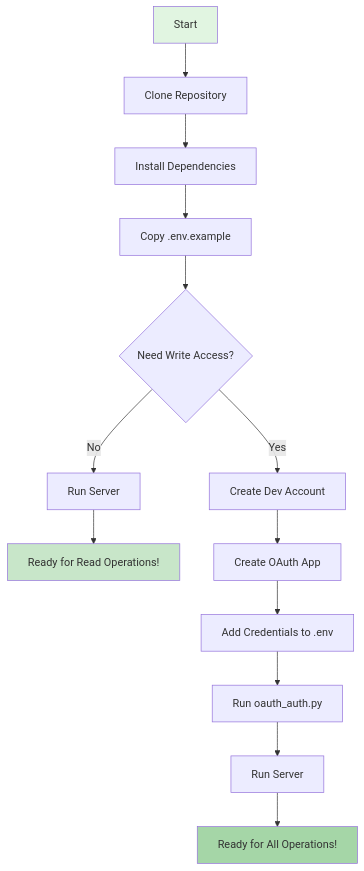
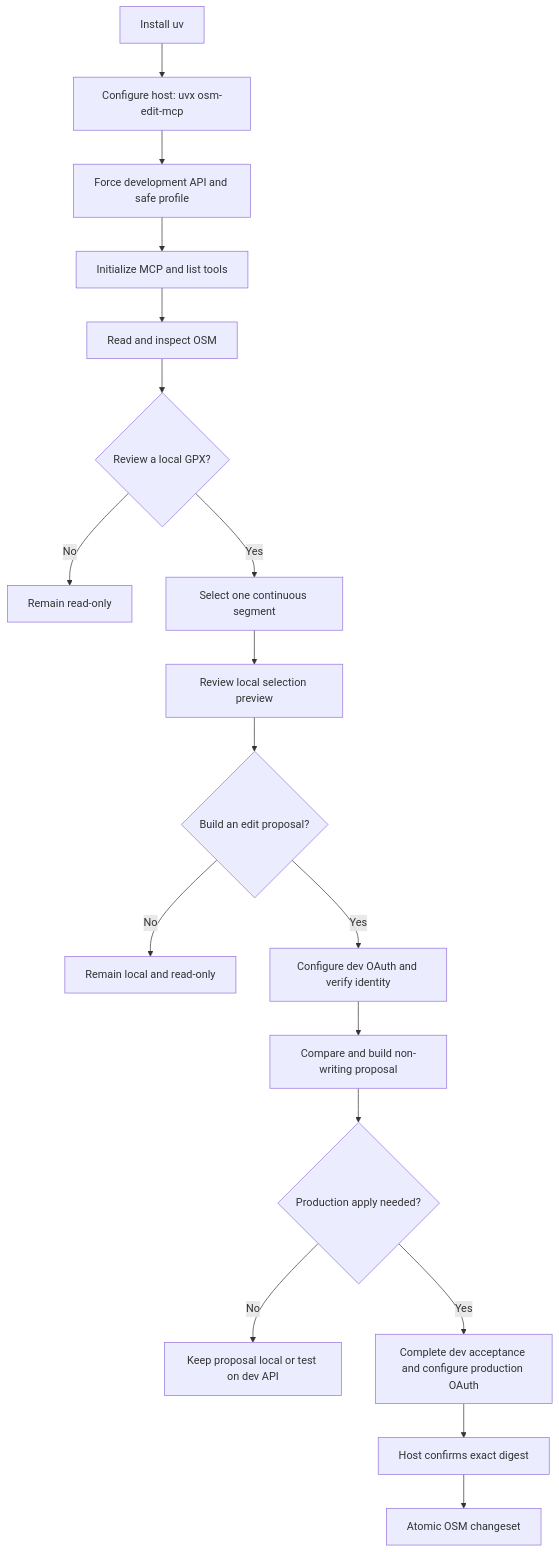
One commit to skywinder/osm-edit-mcp changed the diagram in docs/SETUP_FLOW.md. Above: the diagram before and after it, drawn with Mermaid. The commit also changed other lines of this file and 71 other files, not shown here.

````diff
--- a/docs/SETUP_FLOW.md
+++ b/docs/SETUP_FLOW.md
@@ -5,21 +3,20 @@
 ```mermaid
-graph TD
-    A[Start] --> B[Clone Repository]
-    B --> C[Install Dependencies]
-    C --> D[Copy .env.example]
-    D --> E{Need Write Access?}
-    
-    E -->|No| F[Run Server]
-    F --> G[Ready for Read Operations!]
-    
-    E -->|Yes| H[Create Dev Account]
-    H --> I[Create OAuth App]
-    I --> J[Add Credentials to .env]
-    J --> K[Run oauth_auth.py]
-    K --> L[Run Server]
-    L --> M[Ready for All Operations!]
-    
-    style A fill:#e1f5e1
-    style G fill:#c8e6c9
-    style M fill:#a5d6a7
+flowchart TD
+    A[Install uv] --> B[Configure host: uvx osm-edit-mcp]
+    B --> C[Force development API and safe profile]
+    C --> D[Initialize MCP and list tools]
+    D --> E[Read and inspect OSM]
+    E --> F{Review a local GPX?}
+    F -->|No| G[Remain read-only]
+    F -->|Yes| H[Select one continuous segment]
+    H --> I[Review local selection preview]
+    I --> J{Build an edit proposal?}
+    J -->|No| K[Remain local and read-only]
+    J -->|Yes| L[Configure dev OAuth and verify identity]
+    L --> M[Compare and build non-writing proposal]
+    M --> N{Production apply needed?}
+    N -->|No| O[Keep proposal local or test on dev API]
+    N -->|Yes| P[Complete dev acceptance and configure production OAuth]
+    P --> Q[Host confirms exact digest]
+    Q --> R[Atomic OSM changeset]
 ```
````
